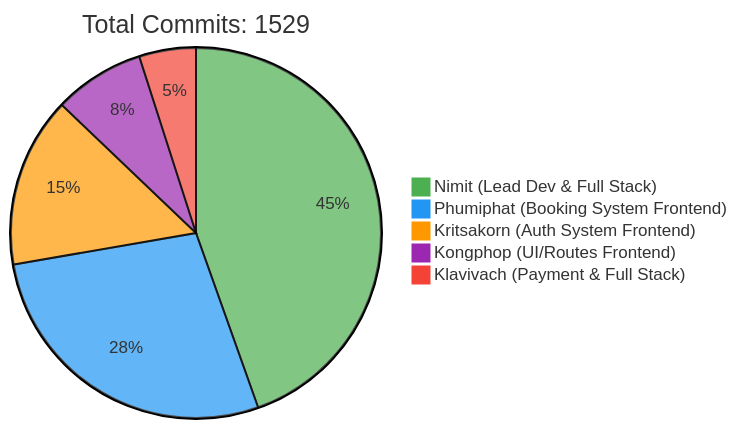
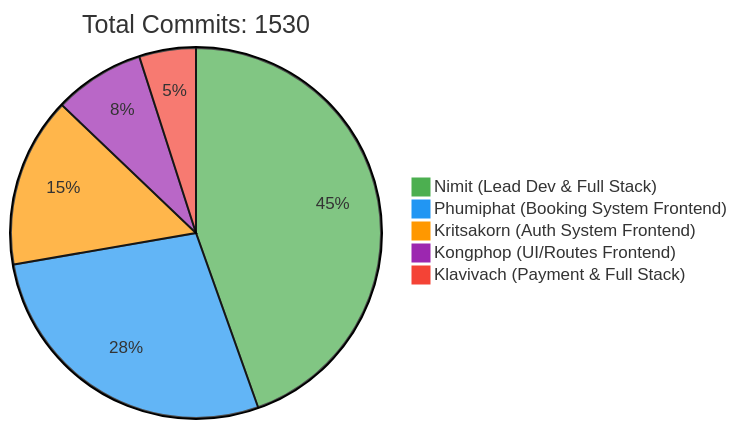
Before and after one commit to 6531503042/Sport-Complex: the first of 2 diagrams in README.md, drawn with Mermaid. The commit also changed other lines of this file, not shown here.

Commit message:
docs: Update contributor statistics [skip ci]

````diff
--- a/README.md
+++ b/README.md
@@ -257,10 +257,10 @@
 ```mermaid
 %%{init: {'theme': 'base', 'themeVariables': { 'pie1': '#4CAF50', 'pie2': '#2196F3', 'pie3': '#FF9800', 'pie4': '#9C27B0', 'pie5': '#F44336'}}}%%
 pie
-    title Total Commits: 1529
+    title Total Commits: 1530
     "Nimit (Lead Dev & Full Stack)" : 450
     "Phumiphat (Booking System Frontend)" : 280
     "Kritsakorn (Auth System Frontend)" : 150
     "Kongphop (UI/Routes Frontend)" : 80
     "Klavivach (Payment & Full Stack)" : 50
 ```
````
